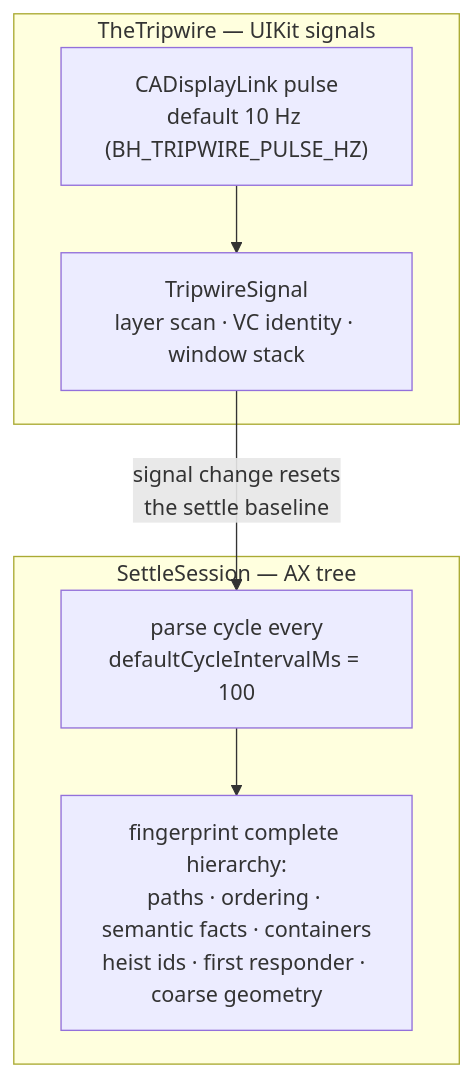
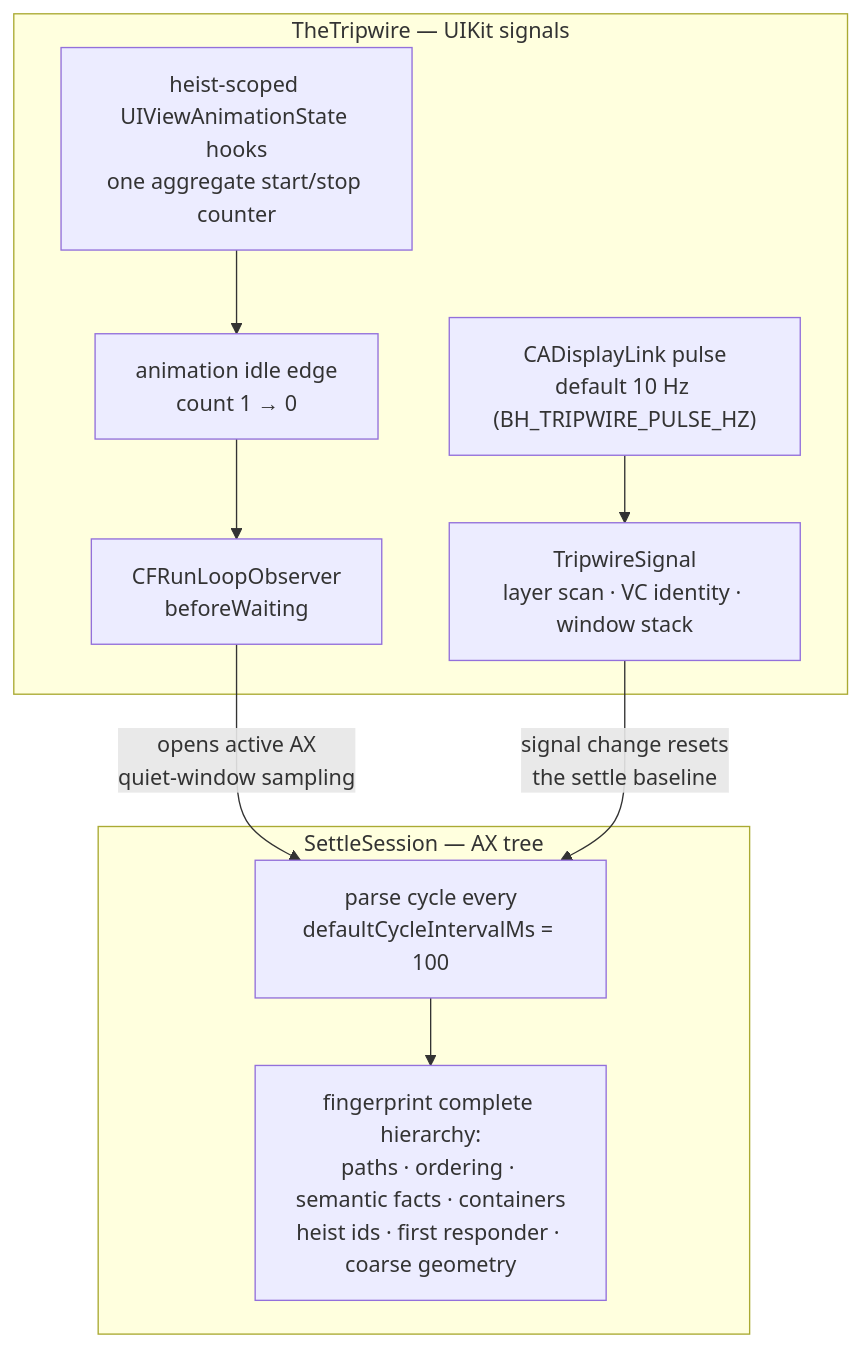
Before and after one commit to RoyalPineapple/TheButtonHeist: the second of 2 diagrams in docs/diagrams/settle-loop.md, drawn with Mermaid. The commit also changed other lines of this file and 18 other files, not shown here.

Commit message:
Add heist-scoped UIKit idle tracking

````diff
--- a/docs/diagrams/settle-loop.md
+++ b/docs/diagrams/settle-loop.md
@@ -37,14 +44,19 @@
 ```mermaid
 flowchart TD
     subgraph tripwire["TheTripwire — UIKit signals"]
+        ANIMATION["heist-scoped UIViewAnimationState hooks<br/>one aggregate start/stop counter"]
+        ANIMATION_IDLE["animation idle edge<br/>count 1 → 0"]
+        RUN_LOOP_IDLE["CFRunLoopObserver<br/>beforeWaiting"]
         PULSE["CADisplayLink pulse<br/>default 10 Hz (BH_TRIPWIRE_PULSE_HZ)"]
         SIGNAL["TripwireSignal<br/>layer scan · VC identity · window stack"]
+        ANIMATION --> ANIMATION_IDLE --> RUN_LOOP_IDLE
         PULSE --> SIGNAL
     end
     subgraph settle["SettleSession — AX tree"]
         PARSE["parse cycle every<br/>defaultCycleIntervalMs = 100"]
         FP["fingerprint complete hierarchy:<br/>paths · ordering · semantic facts · containers<br/>heist ids · first responder · coarse geometry"]
         PARSE --> FP
     end
+    RUN_LOOP_IDLE -- "opens active AX<br/>quiet-window sampling" --> PARSE
     SIGNAL -- "signal change resets<br/>the settle baseline" --> PARSE
 ```
````
